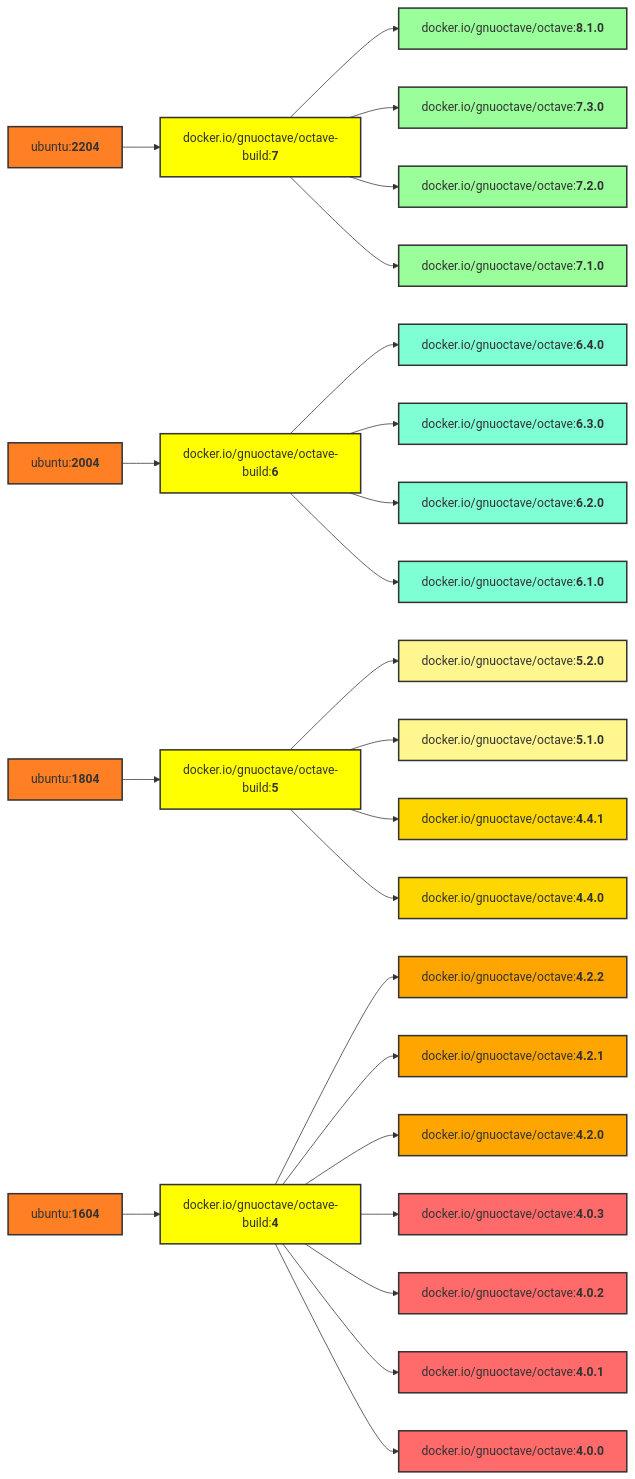
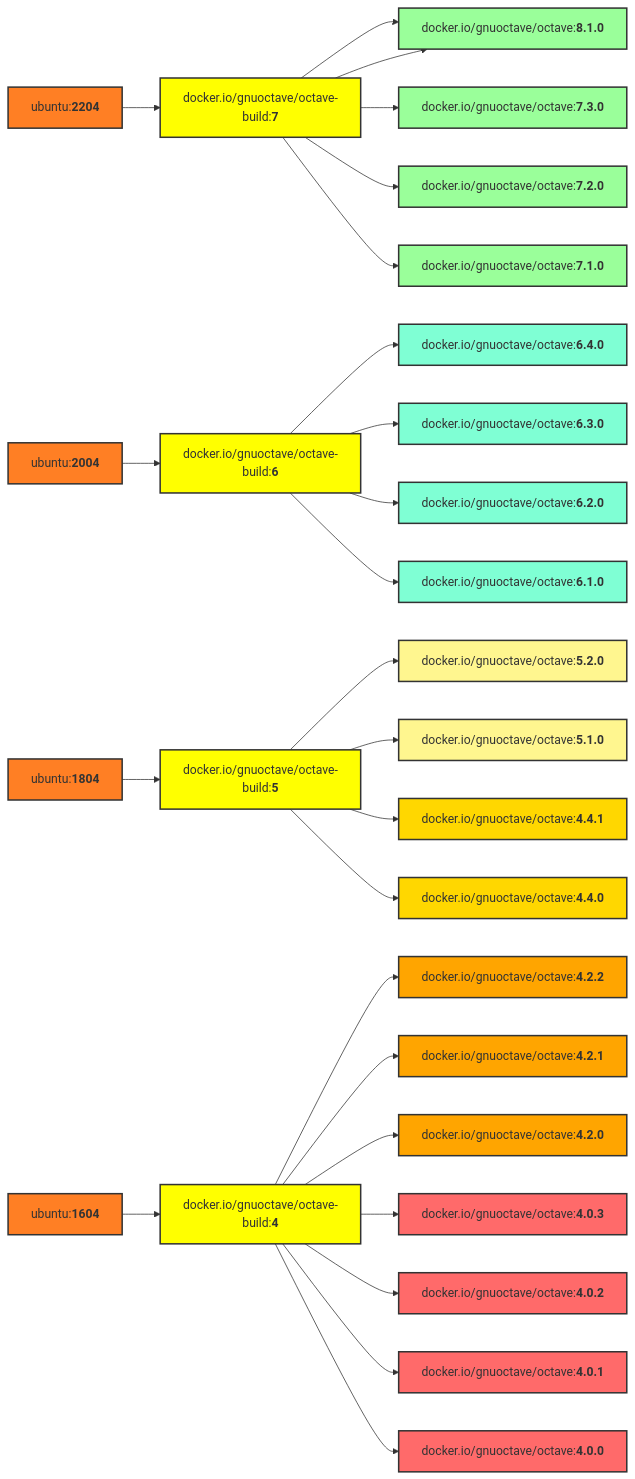
Before and after one commit to gnu-octave/docker: the diagram in README.md, drawn with Mermaid. The commit also changed other lines of this file and 2 other files, not shown here.

Commit message:
GNU Octave 8.2.0 release (fixes #16)

````diff
--- a/README.md
+++ b/README.md
@@ -84,61 +84,63 @@
 ```mermaid
 graph LR
     U4[ubuntu:<b>2204</b>] --> b7[docker.io/gnuoctave/octave-build:<b>7</b>];
     U3[ubuntu:<b>2004</b>] --> b6[docker.io/gnuoctave/octave-build:<b>6</b>];
     U2[ubuntu:<b>1804</b>] --> b5[docker.io/gnuoctave/octave-build:<b>5</b>];
     U1[ubuntu:<b>1604</b>] --> b4[docker.io/gnuoctave/octave-build:<b>4</b>];
+    b7 --> v810[docker.io/gnuoctave/octave:<b>8.2.0</b>];
     b7 --> v810[docker.io/gnuoctave/octave:<b>8.1.0</b>];
     b7 --> v730[docker.io/gnuoctave/octave:<b>7.3.0</b>];
     b7 --> v720[docker.io/gnuoctave/octave:<b>7.2.0</b>];
     b7 --> v710[docker.io/gnuoctave/octave:<b>7.1.0</b>];
     b6 --> v640[docker.io/gnuoctave/octave:<b>6.4.0</b>];
     b6 --> v630[docker.io/gnuoctave/octave:<b>6.3.0</b>];
     b6 --> v620[docker.io/gnuoctave/octave:<b>6.2.0</b>];
     b6 --> v610[docker.io/gnuoctave/octave:<b>6.1.0</b>];
     b5 --> v520[docker.io/gnuoctave/octave:<b>5.2.0</b>];
     b5 --> v510[docker.io/gnuoctave/octave:<b>5.1.0</b>];
     b5 --> v441[docker.io/gnuoctave/octave:<b>4.4.1</b>];
     b5 --> v440[docker.io/gnuoctave/octave:<b>4.4.0</b>];
     b4 --> v422[docker.io/gnuoctave/octave:<b>4.2.2</b>];
     b4 --> v421[docker.io/gnuoctave/octave:<b>4.2.1</b>];
     b4 --> v420[docker.io/gnuoctave/octave:<b>4.2.0</b>];
     b4 --> v403[docker.io/gnuoctave/octave:<b>4.0.3</b>];
     b4 --> v402[docker.io/gnuoctave/octave:<b>4.0.2</b>];
     b4 --> v401[docker.io/gnuoctave/octave:<b>4.0.1</b>];
     b4 --> v400[docker.io/gnuoctave/octave:<b>4.0.0</b>];
     classDef U fill:#ff7f24,stroke:#333,stroke-width:2px;
     class U1 U;
     class U2 U;
     class U3 U;
     class U4 U;
     classDef b fill:#ff0,stroke:#333,stroke-width:2px;
     class b4 b;
     class b5 b;
     class b6 b;
     class b7 b;
     classDef age1 fill:#9aff9a,stroke:#333,stroke-width:2px;
     classDef age2 fill:#7fffd4,stroke:#333,stroke-width:2px;
     classDef age3 fill:#fff68f,stroke:#333,stroke-width:2px;
     classDef age4 fill:#ffd700,stroke:#333,stroke-width:2px;
     classDef age5 fill:#ffa500,stroke:#333,stroke-width:2px;
     classDef age6 fill:#ff6a6a,stroke:#333,stroke-width:2px;
+    class v820 age1;
     class v810 age1;
     class v730 age1;
     class v720 age1;
     class v710 age1;
     class v640 age2;
     class v630 age2;
     class v620 age2;
     class v610 age2;
     class v520 age3;
     class v510 age3;
     class v441 age4;
     class v440 age4;
     class v422 age5;
     class v421 age5;
     class v420 age5;
     class v403 age6;
     class v402 age6;
     class v401 age6;
     class v400 age6;
 ```
````
